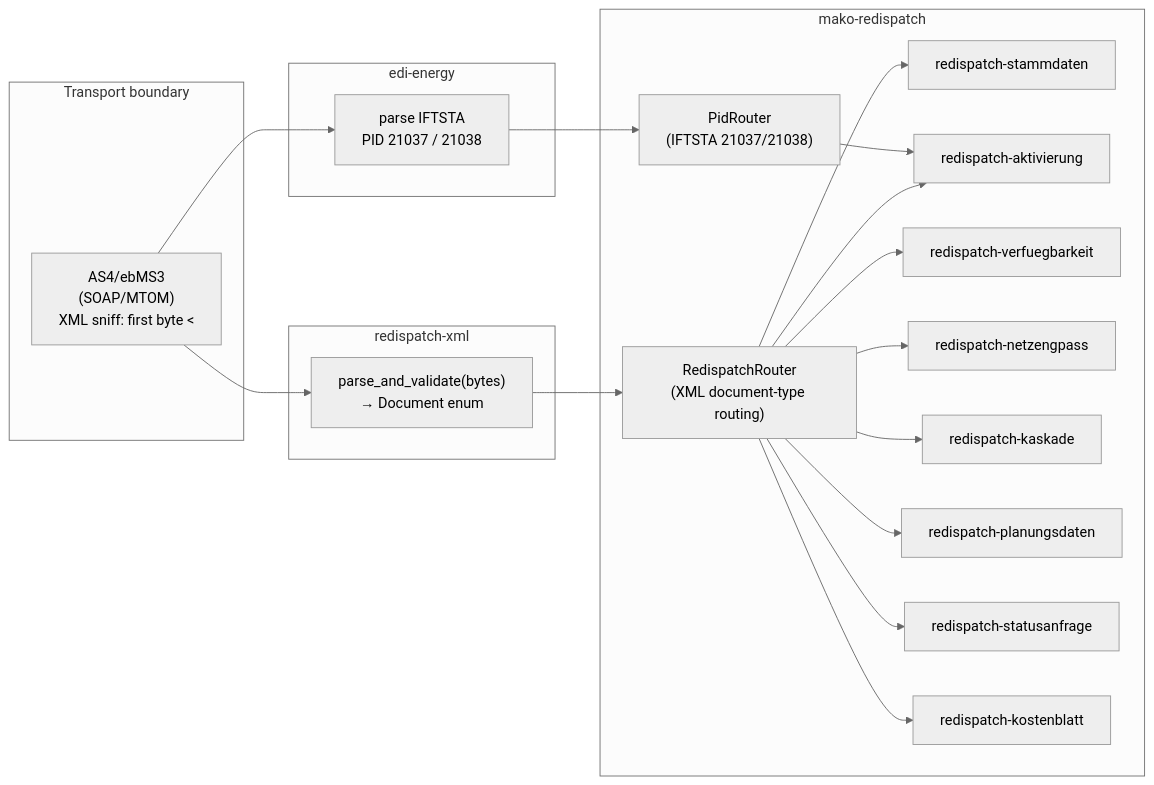
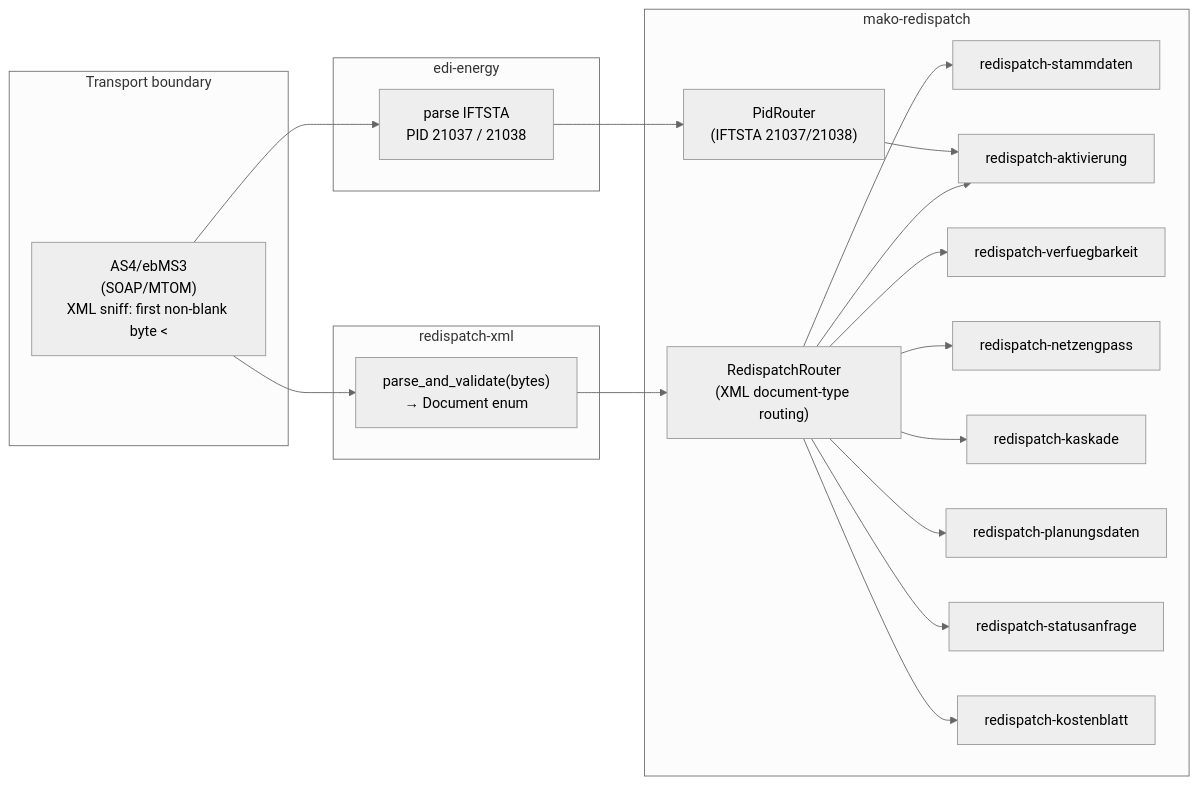
One commit to hupe1980/mako changed the diagram in site/content/docs/reference/redispatch.md. Above: the diagram before and after it, drawn with Mermaid (neutral theme). The commit also changed other lines of this file and 490 other files, not shown here.

````diff
--- a/site/content/docs/reference/redispatch.md
+++ b/site/content/docs/reference/redispatch.md
@@ -124,33 +137,33 @@
 ```mermaid
 graph LR
     subgraph "Transport boundary"
-        AS4["AS4/ebMS3<br/>(SOAP/MTOM)<br/>XML sniff: first byte &lt;"]
+        AS4["AS4/ebMS3<br/>(SOAP/MTOM)<br/>XML sniff: first non-blank byte &lt;"]
     end
 
     subgraph "redispatch-xml"
         PARSE["parse_and_validate(bytes)<br/>→ Document enum"]
     end
 
     subgraph "edi-energy"
         IFTSTA["parse IFTSTA<br/>PID 21037 / 21038"]
     end
 
     subgraph "mako-redispatch"
         ROUTER["RedispatchRouter<br/>(XML document-type routing)"]
         PIDR["PidRouter<br/>(IFTSTA 21037/21038)"]
         WF1["redispatch-stammdaten"]
         WF2["redispatch-aktivierung"]
         WF3["redispatch-verfuegbarkeit"]
         WF4["redispatch-netzengpass"]
         WF5["redispatch-kaskade"]
         WF6["redispatch-planungsdaten"]
         WF7["redispatch-statusanfrage"]
         WF8["redispatch-kostenblatt"]
         ROUTER --> WF1 & WF2 & WF3 & WF4 & WF5 & WF6 & WF7 & WF8
         PIDR --> WF2
     end
 
     AS4 --> PARSE
     PARSE --> ROUTER
     AS4 --> IFTSTA --> PIDR
 ```
````
